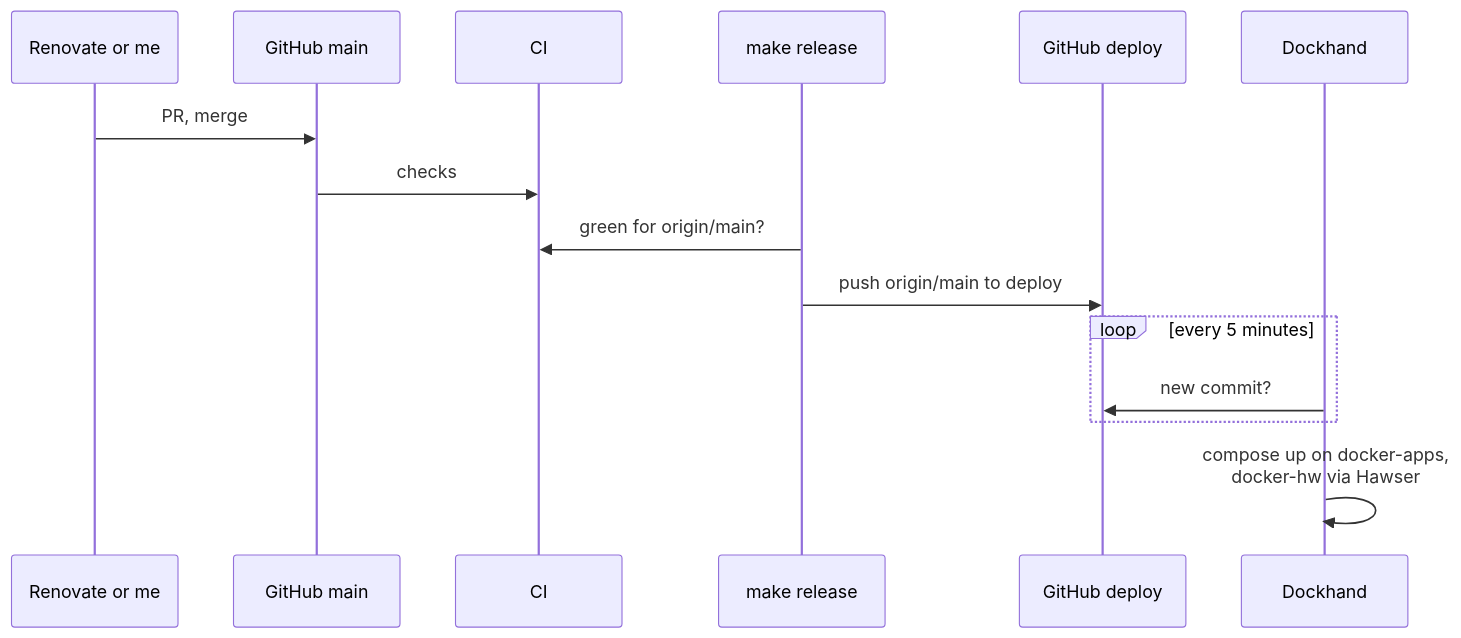
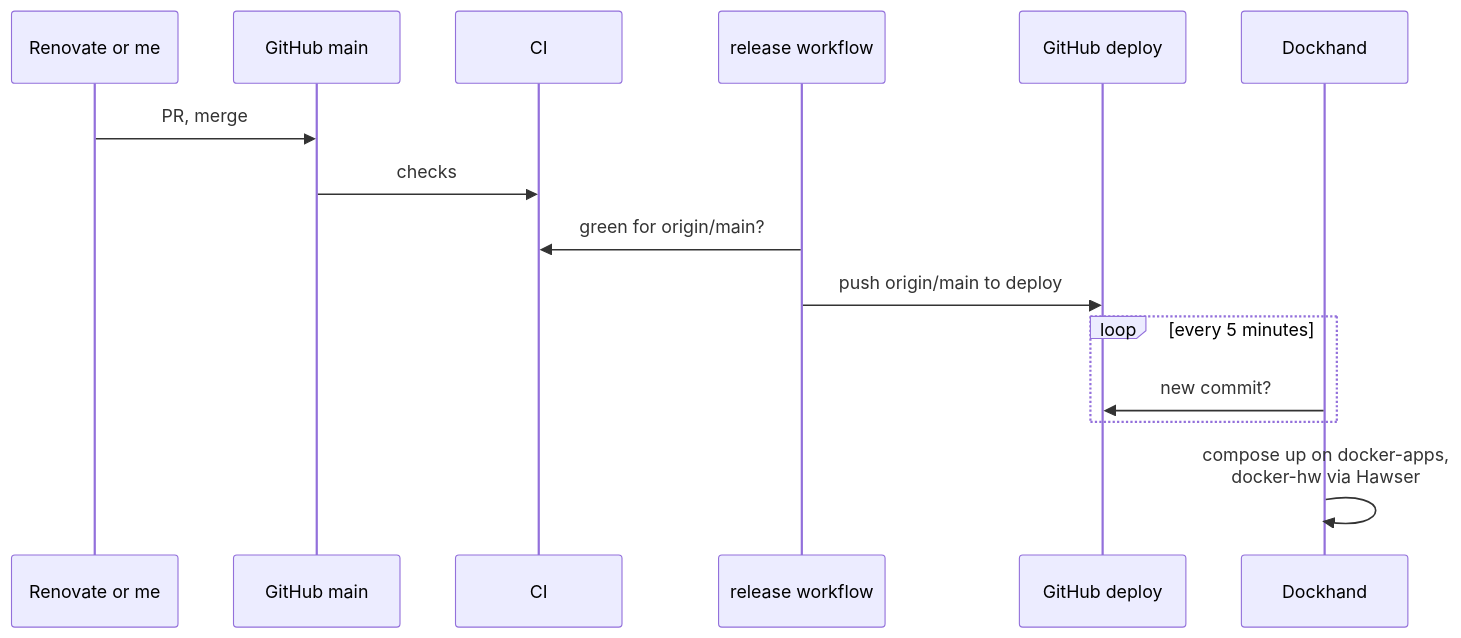
The fourth of 4 diagrams in docs/architecture.md (atahan99/proxmox-infra-iac), drawn with Mermaid before and after one commit. The commit also changed other lines of this file and 10 other files, not shown here.

````diff
--- a/docs/architecture.md
+++ b/docs/architecture.md
@@ -131,17 +131,17 @@
 ```mermaid
 sequenceDiagram
   participant R as Renovate or me
   participant G as GitHub main
   participant C as CI
-  participant M as make release
+  participant M as release workflow
   participant B as GitHub deploy
   participant D as Dockhand
   R->>G: PR, merge
   G->>C: checks
   M->>C: green for origin/main?
   M->>B: push origin/main to deploy
   loop every 5 minutes
     D->>B: new commit?
   end
   D->>D: compose up on docker-apps,<br/>docker-hw via Hawser
 ```
````
